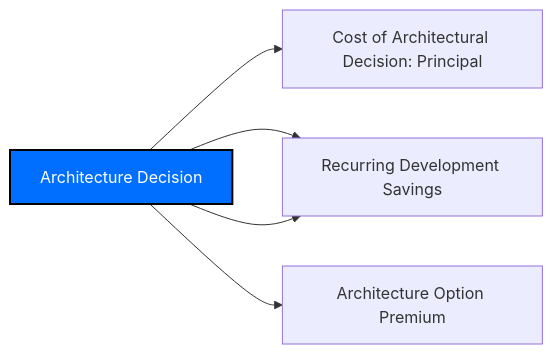
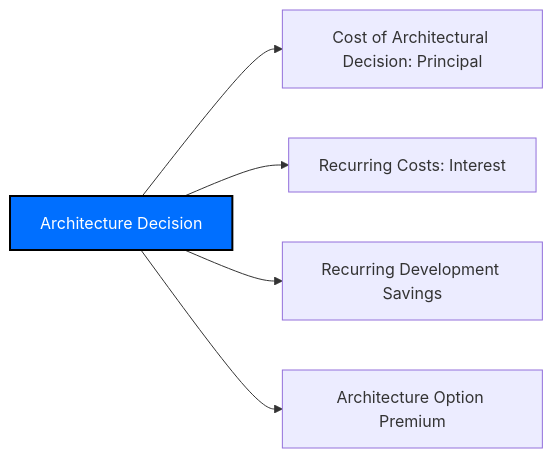
Before and after one commit to asengupta/avishek.net: the first of 3 diagrams in _posts/2023-01-22-every-developer-is-an-economist.md, drawn with Mermaid. The commit also changed other lines of this file, not shown here.

Commit message:
Adding graphs for estimation under uncertainty

```diff
--- a/_posts/2023-01-22-every-developer-is-an-economist.md
+++ b/_posts/2023-01-22-every-developer-is-an-economist.md
@@ -88,9 +88,9 @@
 {% mermaid %}
 graph LR;
 architecture_decision[Architecture Decision]-->atd_principal[Cost of Architectural Decision: Principal];
-architecture_decision-->recurring_atd_interest[Recurring Cost: Interest];
-architecture_decision-->recurring_atd_interest[Recurring Development Savings];
+architecture_decision-->recurring_atd_interest[Recurring Costs: Interest];
+architecture_decision-->recurring_atd_savings[Recurring Development Savings];
 architecture_decision-->atd_option_premium[Architecture Option Premium];
 
 style architecture_decision fill:#006fff,stroke:#000,stroke-width:2px,color:#fff
 {% endmermaid %}
```
